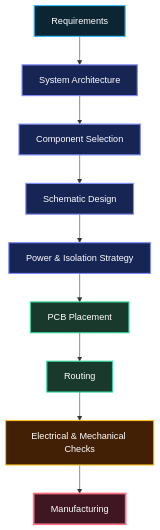
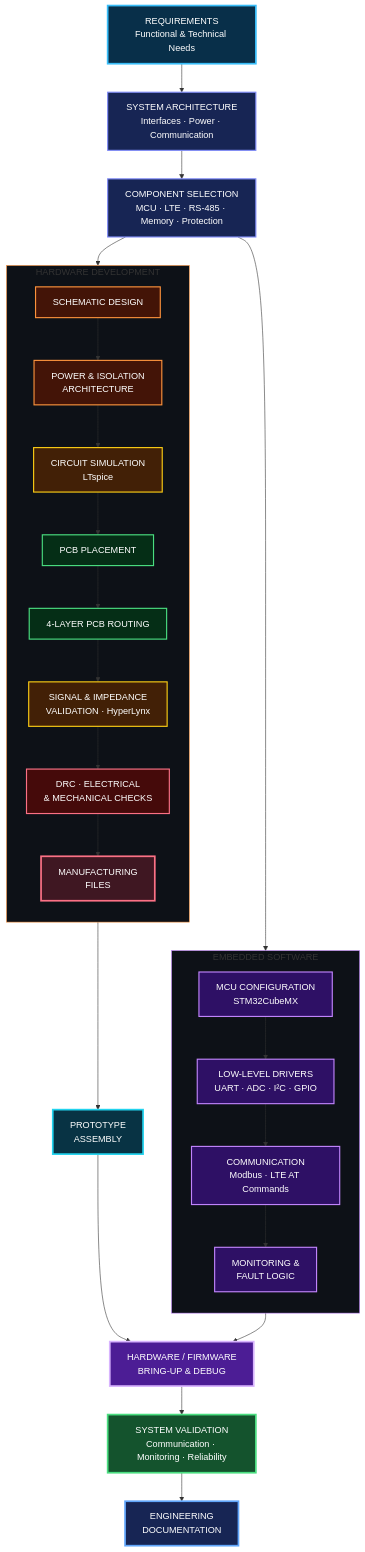
Before and after one commit to bk201-dev/industrial-edge-monitoring-platform: the second of 6 diagrams in README.md, drawn with Mermaid.

````diff
--- a/README.md
+++ b/README.md
@@ -74,23 +74,76 @@
 ```mermaid
 flowchart TD
-    A["Requirements"] --> B["System Architecture"]
-    B --> C["Component Selection"]
-    C --> D["Schematic Design"]
-    D --> E["Power & Isolation Strategy"]
-    E --> F["PCB Placement"]
-    F --> G["Routing"]
-    G --> H["Electrical & Mechanical Checks"]
-    H --> I["Manufacturing"]
 
-    classDef input fill:#0B2533,stroke:#38BDF8,color:#FFFFFF,stroke-width:2px;
-    classDef design fill:#172554,stroke:#818CF8,color:#FFFFFF,stroke-width:2px;
-    classDef pcb fill:#18392B,stroke:#34D399,color:#FFFFFF,stroke-width:2px;
-    classDef verify fill:#422006,stroke:#FBBF24,color:#FFFFFF,stroke-width:2px;
-    classDef final fill:#3F1722,stroke:#FB7185,color:#FFFFFF,stroke-width:3px;
+    REQ["REQUIREMENTS<br/>Functional & Technical Needs"]:::start
+    ARCH["SYSTEM ARCHITECTURE<br/>Interfaces · Power · Communication"]:::arch
+    COMP["COMPONENT SELECTION<br/>MCU · LTE · RS-485 · Memory · Protection"]:::arch
 
-    class A input;
-    class B,C,D,E design;
-    class F,G pcb;
-    class H verify;
-    class I final;
+    REQ --> ARCH
+    ARCH --> COMP
+
+    COMP --> HW
+    COMP --> FW
+
+    subgraph HARDWARE["HARDWARE DEVELOPMENT"]
+        direction TB
+
+        HW["SCHEMATIC DESIGN"]:::hardware
+        PWR["POWER & ISOLATION<br/>ARCHITECTURE"]:::hardware
+        SIM["CIRCUIT SIMULATION<br/>LTspice"]:::simulation
+        PLACE["PCB PLACEMENT"]:::pcb
+        ROUTE["4-LAYER PCB ROUTING"]:::pcb
+        SI["SIGNAL & IMPEDANCE<br/>VALIDATION · HyperLynx"]:::simulation
+        CHECK["DRC · ELECTRICAL<br/>& MECHANICAL CHECKS"]:::check
+        MFG["MANUFACTURING<br/>FILES"]:::manufacturing
+
+        HW --> PWR
+        PWR --> SIM
+        SIM --> PLACE
+        PLACE --> ROUTE
+        ROUTE --> SI
+        SI --> CHECK
+        CHECK --> MFG
+    end
+
+    subgraph FIRMWARE["EMBEDDED SOFTWARE"]
+        direction TB
+
+        FW["MCU CONFIGURATION<br/>STM32CubeMX"]:::firmware
+        DRV["LOW-LEVEL DRIVERS<br/>UART · ADC · I²C · GPIO"]:::firmware
+        COMM["COMMUNICATION<br/>Modbus · LTE AT Commands"]:::firmware
+        LOGIC["MONITORING &<br/>FAULT LOGIC"]:::firmware
+
+        FW --> DRV
+        DRV --> COMM
+        COMM --> LOGIC
+    end
+
+    MFG --> PROTO["PROTOTYPE<br/>ASSEMBLY"]:::prototype
+    LOGIC --> BRINGUP
+    PROTO --> BRINGUP
+
+    BRINGUP["HARDWARE / FIRMWARE<br/>BRING-UP & DEBUG"]:::debug
+
+    BRINGUP --> TEST["SYSTEM VALIDATION<br/>Communication · Monitoring · Reliability"]:::validation
+    TEST --> FINAL["ENGINEERING<br/>DOCUMENTATION"]:::final
+
+    classDef start fill:#082F49,stroke:#38BDF8,color:#FFFFFF,stroke-width:3px;
+    classDef arch fill:#172554,stroke:#818CF8,color:#FFFFFF,stroke-width:2px;
+
+    classDef hardware fill:#431407,stroke:#FB923C,color:#FFFFFF,stroke-width:2px;
+    classDef simulation fill:#422006,stroke:#FACC15,color:#FFFFFF,stroke-width:2px;
+
+    classDef pcb fill:#052E16,stroke:#4ADE80,color:#FFFFFF,stroke-width:2px;
+    classDef check fill:#450A0A,stroke:#FB7185,color:#FFFFFF,stroke-width:2px;
+
+    classDef firmware fill:#2E1065,stroke:#C084FC,color:#FFFFFF,stroke-width:2px;
+
+    classDef manufacturing fill:#3F1722,stroke:#FB7185,color:#FFFFFF,stroke-width:3px;
+    classDef prototype fill:#083344,stroke:#22D3EE,color:#FFFFFF,stroke-width:3px;
+    classDef debug fill:#4C1D95,stroke:#D8B4FE,color:#FFFFFF,stroke-width:3px;
+    classDef validation fill:#14532D,stroke:#4ADE80,color:#FFFFFF,stroke-width:3px;
+    classDef final fill:#172554,stroke:#60A5FA,color:#FFFFFF,stroke-width:3px;
+
+    style HARDWARE fill:#0D1117,stroke:#FB923C,stroke-width:1px
+    style FIRMWARE fill:#0D1117,stroke:#C084FC,stroke-width:1px
 ```
````
